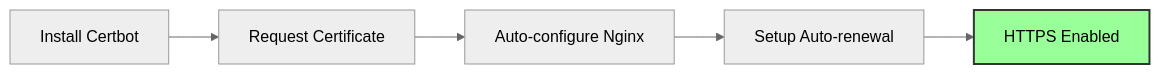
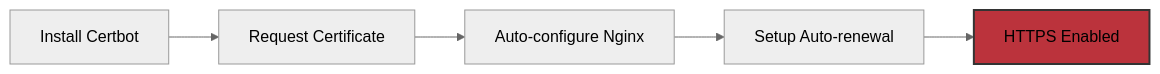
One commit to dacorisdata/dacoris changed the fifth of 7 diagrams in LINUX_DEPLOYMENT_GUIDE.md. Above: the diagram before and after it, drawn with Mermaid (neutral theme). The commit also changed other lines of this file, not shown here.

Commit message:
Update Mermaid diagram colors for better contrast and readability

````diff
--- a/LINUX_DEPLOYMENT_GUIDE.md
+++ b/LINUX_DEPLOYMENT_GUIDE.md
@@ -618,9 +618,9 @@
 ```mermaid
 graph LR
     A[Install Certbot] --> B[Request Certificate]
     B --> C[Auto-configure Nginx]
     C --> D[Setup Auto-renewal]
     D --> E[HTTPS Enabled]
     
-    style E fill:#9f9,stroke:#333,stroke-width:2px
+    style E fill:#bb333c,stroke:#333,stroke-width:2px
 ```
````
